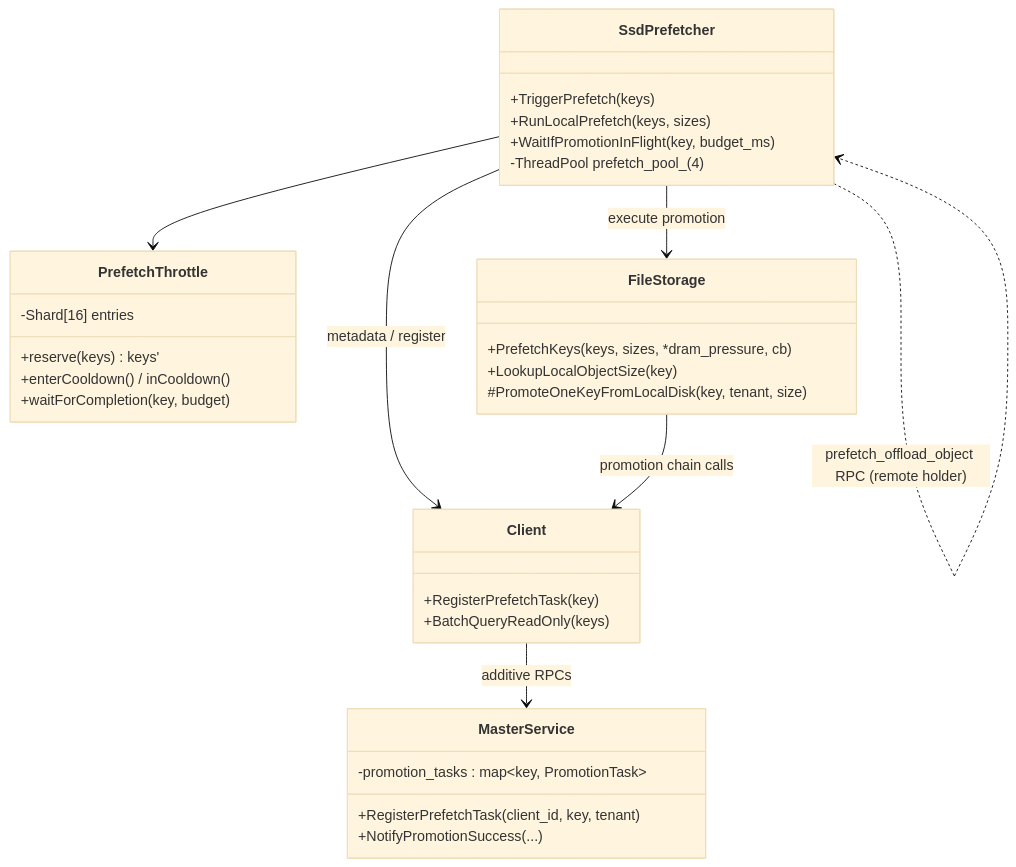
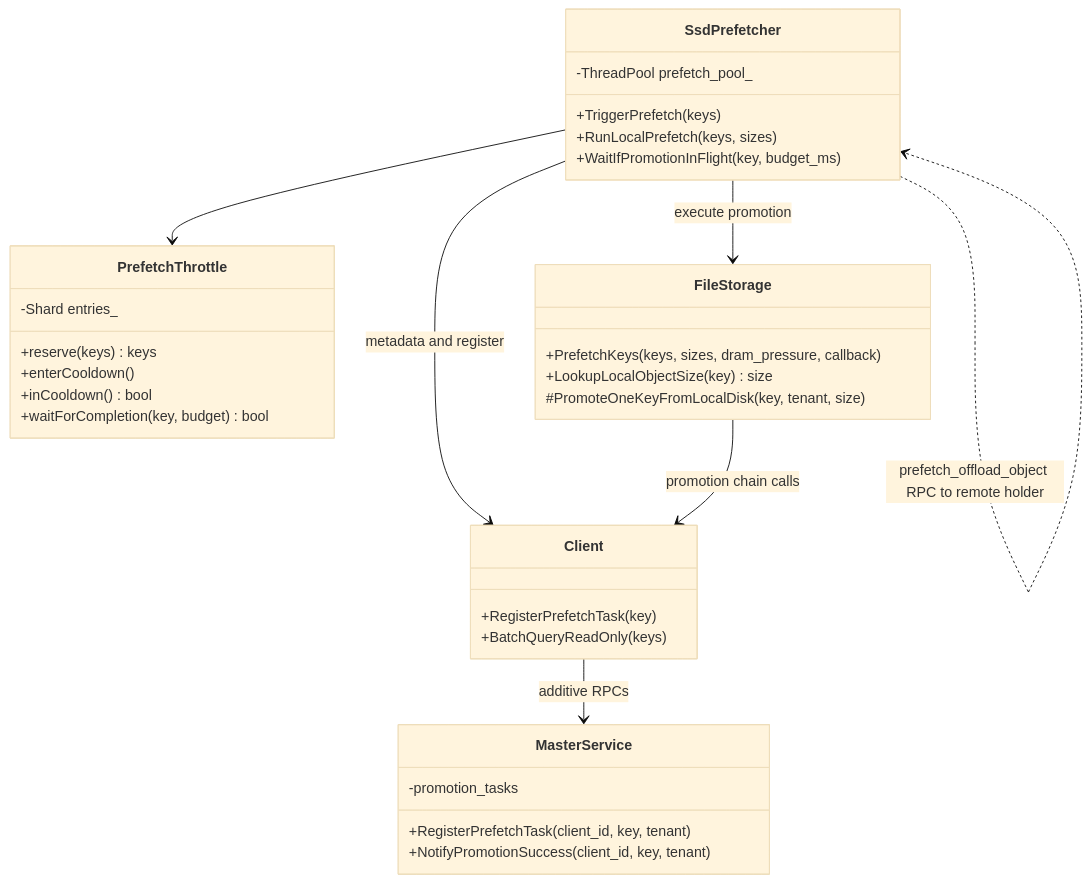
The first of 5 diagrams in docs/source/design/ssd-prefetch.md (DHX98/Mooncake), drawn with Mermaid (base theme) before and after one commit. The commit also changed other lines of this file, not shown here.

First line of the commit message:
[Docs][Store] Fix mermaid syntax in SSD prefetch design diagrams

````diff
--- a/docs/source/design/ssd-prefetch.md
+++ b/docs/source/design/ssd-prefetch.md
@@ -120,35 +120,36 @@
 ```mermaid
 classDiagram
     class SsdPrefetcher {
         +TriggerPrefetch(keys)
         +RunLocalPrefetch(keys, sizes)
         +WaitIfPromotionInFlight(key, budget_ms)
-        -ThreadPool prefetch_pool_ (4)
+        -ThreadPool prefetch_pool_
     }
     class PrefetchThrottle {
-        +reserve(keys) keys'
-        +enterCooldown() / inCooldown()
-        +waitForCompletion(key, budget)
-        -Shard[16] entries
+        +reserve(keys) keys
+        +enterCooldown()
+        +inCooldown() bool
+        +waitForCompletion(key, budget) bool
+        -Shard entries_
     }
     class FileStorage {
-        +PrefetchKeys(keys, sizes, *dram_pressure, cb)
-        +LookupLocalObjectSize(key)
+        +PrefetchKeys(keys, sizes, dram_pressure, callback)
+        +LookupLocalObjectSize(key) size
         #PromoteOneKeyFromLocalDisk(key, tenant, size)
     }
     class MasterService {
         +RegisterPrefetchTask(client_id, key, tenant)
-        +NotifyPromotionSuccess(...)
-        -promotion_tasks : map~key, PromotionTask~
+        +NotifyPromotionSuccess(client_id, key, tenant)
+        -promotion_tasks
     }
     class Client {
         +RegisterPrefetchTask(key)
         +BatchQueryReadOnly(keys)
     }
     SsdPrefetcher --> PrefetchThrottle
-    SsdPrefetcher --> Client : metadata / register
+    SsdPrefetcher --> Client : metadata and register
     SsdPrefetcher --> FileStorage : execute promotion
-    SsdPrefetcher ..> SsdPrefetcher : prefetch_offload_object RPC (remote holder)
+    SsdPrefetcher ..> SsdPrefetcher : prefetch_offload_object RPC to remote holder
     Client --> MasterService : additive RPCs
     FileStorage --> Client : promotion chain calls
 ```
````
